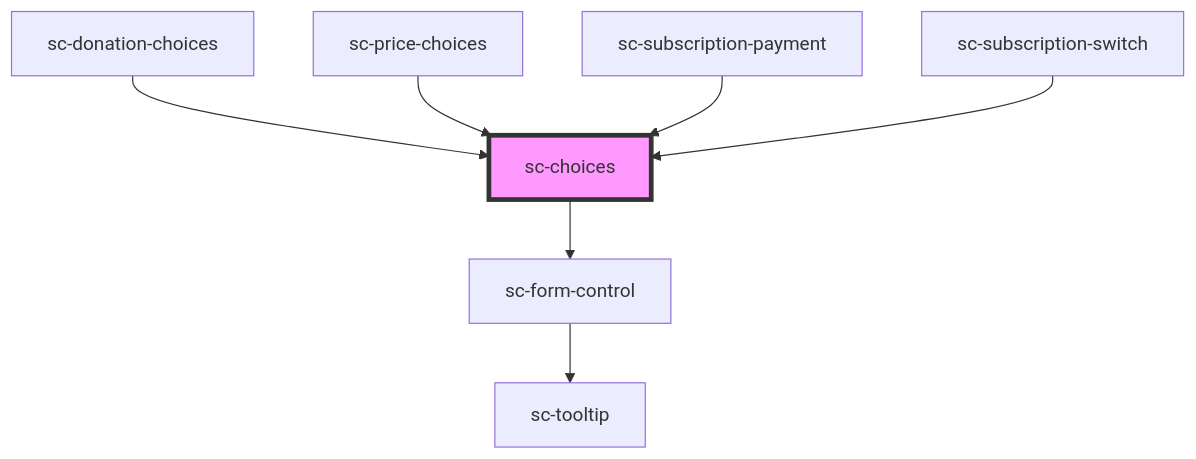
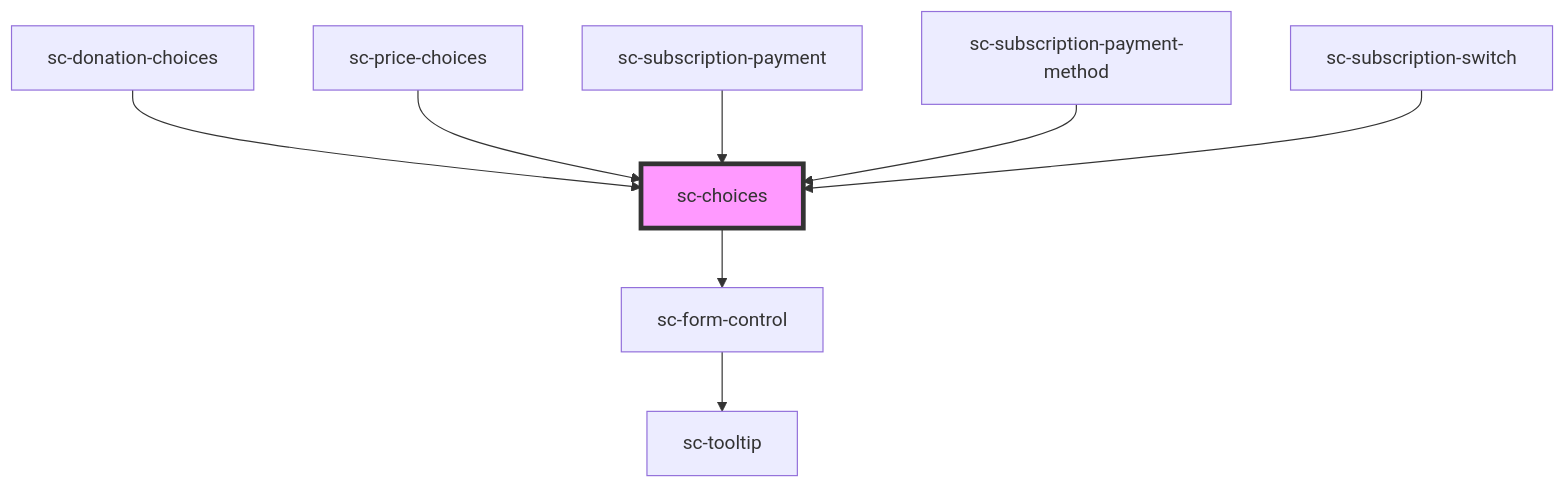
One commit to surecart/surecart-wp-plugin changed the diagram in packages/components/src/components/ui/choices/readme.md. Above: the diagram before and after it, drawn with Mermaid. The commit also changed other lines of this file and 23 other files, not shown here.

````diff
--- a/packages/components/src/components/ui/choices/readme.md
+++ b/packages/components/src/components/ui/choices/readme.md
@@ -45,10 +46,11 @@
 ```mermaid
 graph TD;
   sc-choices --> sc-form-control
   sc-form-control --> sc-tooltip
   sc-donation-choices --> sc-choices
   sc-price-choices --> sc-choices
   sc-subscription-payment --> sc-choices
+  sc-subscription-payment-method --> sc-choices
   sc-subscription-switch --> sc-choices
   style sc-choices fill:#f9f,stroke:#333,stroke-width:4px
 ```
````
